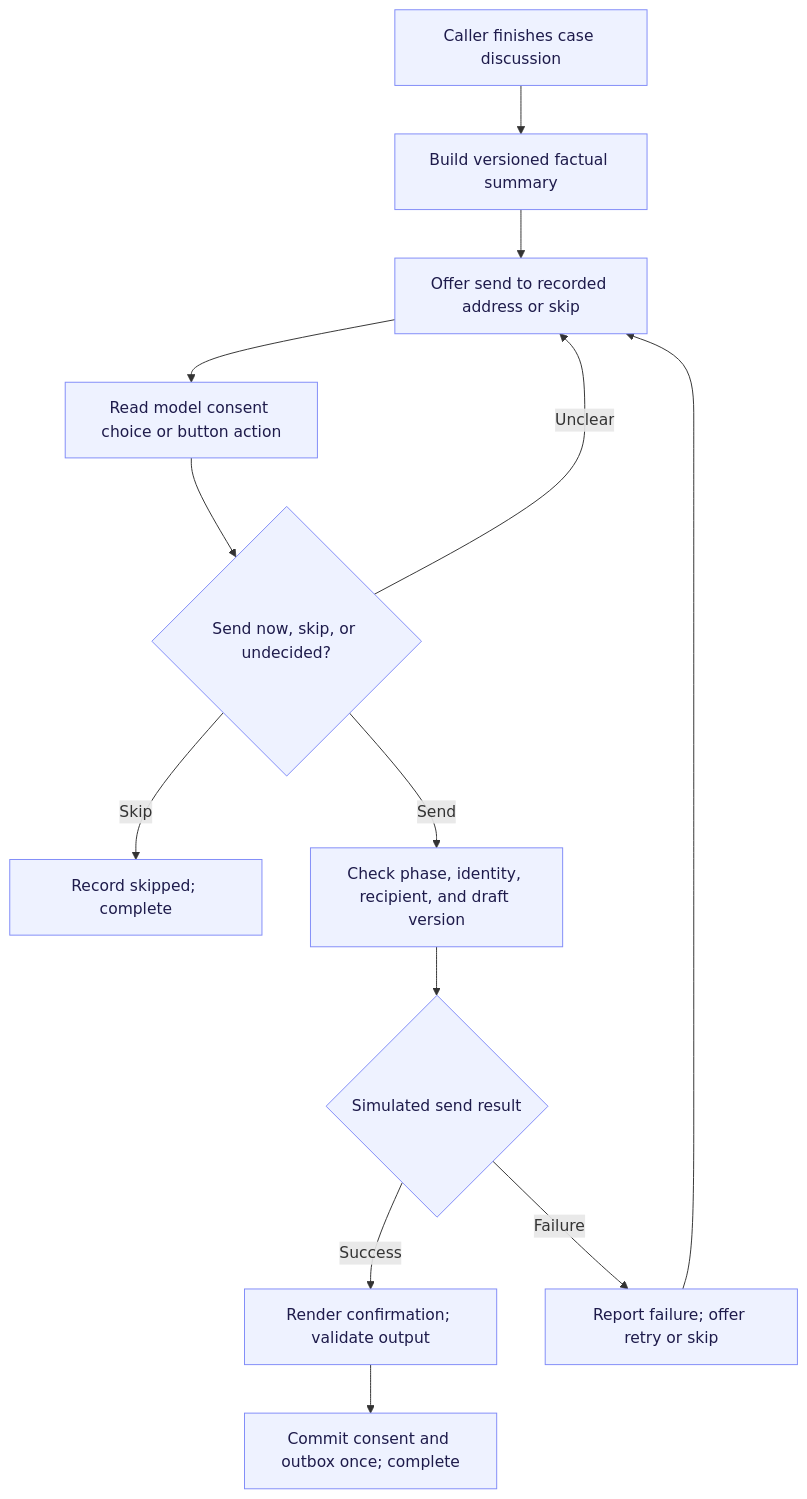
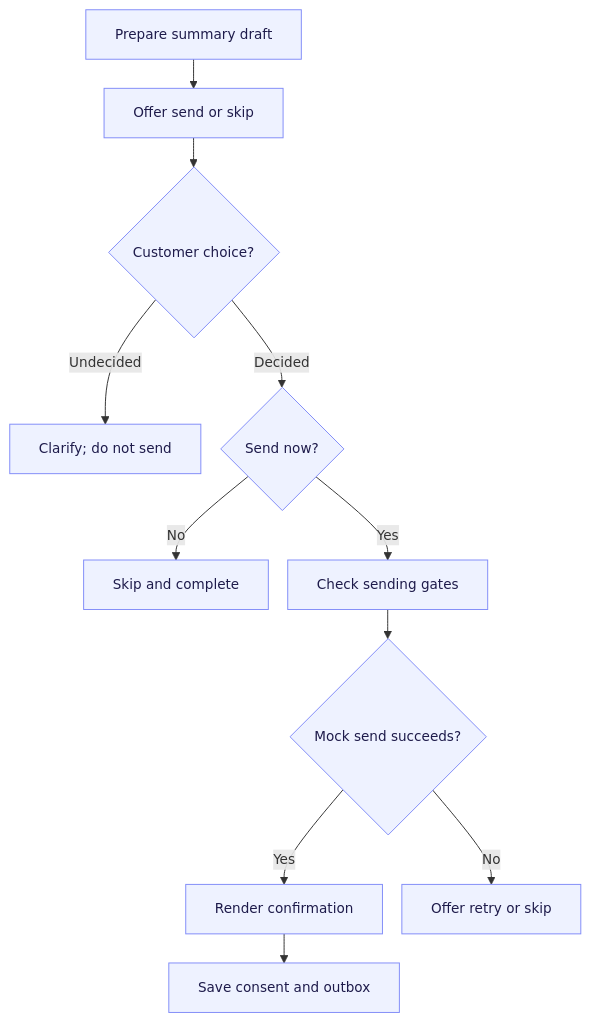
The seventh of 10 diagrams in docs/architecture.md (XinhaoTheo/insurance-claims-sop-agent), drawn with Mermaid before and after one commit. The commit also changed other lines of this file and 1 other file, not shown here.

Commit message:
docs: fit diagrams to page width

````diff
--- a/docs/architecture.md
+++ b/docs/architecture.md
@@ -155,17 +154,16 @@
 ```mermaid
+%%{init: {"flowchart": {"nodeSpacing": 20, "rankSpacing": 30}, "themeVariables": {"fontSize": "14px"}}}%%
 flowchart TD
-    Done["Caller finishes case discussion"] --> Draft["Build versioned factual summary"]
-    Draft --> Offer["Offer send to recorded address or skip"]
-    Offer --> Analysis["Read model consent choice or button action"]
-    Analysis --> Choice{"Send now, skip, or undecided?"}
-    Choice -->|Unclear| Offer
-    Choice -->|Skip| Skip["Record skipped; complete"]
-    Choice -->|Send| Recipient["Check phase, identity, recipient, and draft version"]
-    Recipient --> Delivery{"Simulated send result"}
-    Delivery -->|Success| Render["Render confirmation; validate output"]
-    Render --> Outbox["Commit consent and outbox once; complete"]
-    Delivery -->|Failure| Retry["Report failure; offer retry or skip"]
-    Retry --> Offer
+    Draft["Prepare summary draft"] --> Offer["Offer send or skip"]
+    Offer --> Choice{"Customer choice?"}
+    Choice -->|Undecided| Wait["Clarify; do not send"]
+    Choice -->|Decided| SendNow{"Send now?"}
+    SendNow -->|No| Skip["Skip and complete"]
+    SendNow -->|Yes| Gate["Check sending gates"]
+    Gate --> Send{"Mock send succeeds?"}
+    Send -->|Yes| Render["Render confirmation"]
+    Render --> Save["Save consent and outbox"]
+    Send -->|No| Retry["Offer retry or skip"]
 
     classDef default fill:#eef2ff,stroke:#818cf8,color:#1e1b4b;
 ```
````
